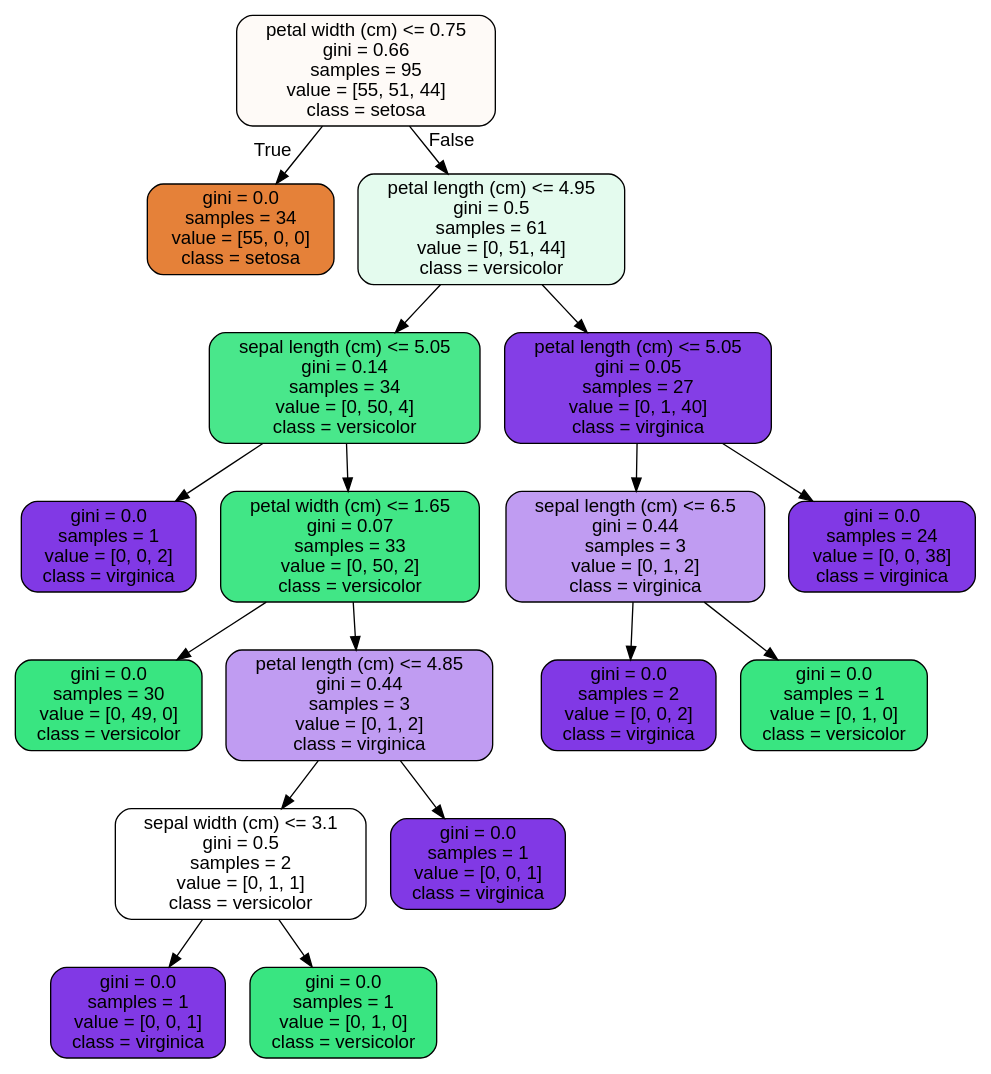
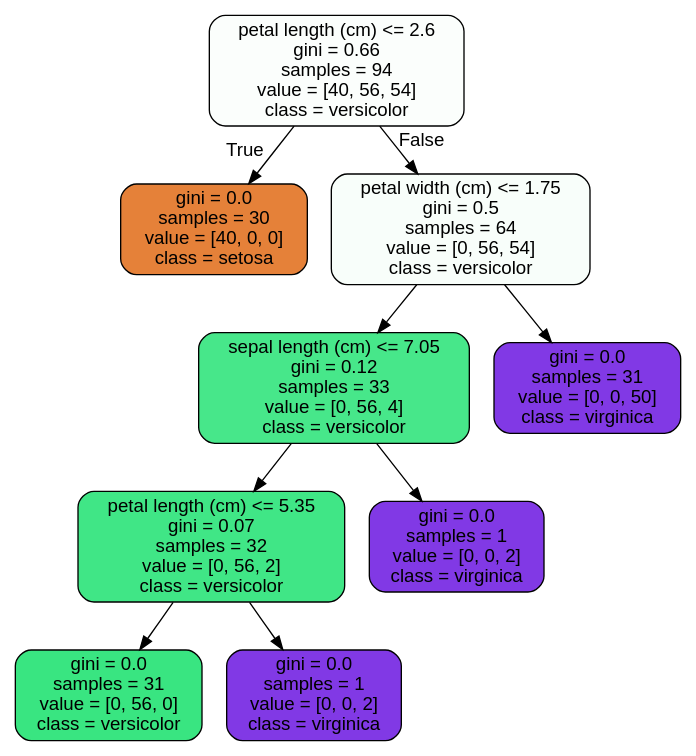
Before and after one commit to phebecarlson/Springboard: the diagram in Covid RandomForest Case Study/tree.dot, drawn with Graphviz. The commit also changed 2 other files, not shown here.

```diff
--- a/Covid RandomForest Case Study/tree.dot
+++ b/Covid RandomForest Case Study/tree.dot
@@ -1,37 +1,21 @@
 digraph Tree {
 node [shape=box, style="filled, rounded", color="black", fontname="helvetica"] ;
 edge [fontname="helvetica"] ;
-0 [label="petal width (cm) <= 0.75\ngini = 0.66\nsamples = 95\nvalue = [55, 51, 44]\nclass = setosa", fillcolor="#fefaf7"] ;
-1 [label="gini = 0.0\nsamples = 34\nvalue = [55, 0, 0]\nclass = setosa", fillcolor="#e58139"] ;
+0 [label="petal length (cm) <= 2.6\ngini = 0.66\nsamples = 94\nvalue = [40, 56, 54]\nclass = versicolor", fillcolor="#fbfefc"] ;
+1 [label="gini = 0.0\nsamples = 30\nvalue = [40, 0, 0]\nclass = setosa", fillcolor="#e58139"] ;
 0 -> 1 [labeldistance=2.5, labelangle=45, headlabel="True"] ;
-2 [label="petal length (cm) <= 4.95\ngini = 0.5\nsamples = 61\nvalue = [0, 51, 44]\nclass = versicolor", fillcolor="#e4fbee"] ;
+2 [label="petal width (cm) <= 1.75\ngini = 0.5\nsamples = 64\nvalue = [0, 56, 54]\nclass = versicolor", fillcolor="#f8fefa"] ;
 0 -> 2 [labeldistance=2.5, labelangle=-45, headlabel="False"] ;
-3 [label="sepal length (cm) <= 5.05\ngini = 0.14\nsamples = 34\nvalue = [0, 50, 4]\nclass = versicolor", fillcolor="#49e78b"] ;
+3 [label="sepal length (cm) <= 7.05\ngini = 0.12\nsamples = 33\nvalue = [0, 56, 4]\nclass = versicolor", fillcolor="#47e78a"] ;
 2 -> 3 ;
-4 [label="gini = 0.0\nsamples = 1\nvalue = [0, 0, 2]\nclass = virginica", fillcolor="#8139e5"] ;
+4 [label="petal length (cm) <= 5.35\ngini = 0.07\nsamples = 32\nvalue = [0, 56, 2]\nclass = versicolor", fillcolor="#40e686"] ;
 3 -> 4 ;
-5 [label="petal width (cm) <= 1.65\ngini = 0.07\nsamples = 33\nvalue = [0, 50, 2]\nclass = versicolor", fillcolor="#41e686"] ;
-3 -> 5 ;
-6 [label="gini = 0.0\nsamples = 30\nvalue = [0, 49, 0]\nclass = versicolor", fillcolor="#39e581"] ;
-5 -> 6 ;
-7 [label="petal length (cm) <= 4.85\ngini = 0.44\nsamples = 3\nvalue = [0, 1, 2]\nclass = virginica", fillcolor="#c09cf2"] ;
-5 -> 7 ;
-8 [label="sepal width (cm) <= 3.1\ngini = 0.5\nsamples = 2\nvalue = [0, 1, 1]\nclass = versicolor", fillcolor="#ffffff"] ;
-7 -> 8 ;
-9 [label="gini = 0.0\nsamples = 1\nvalue = [0, 0, 1]\nclass = virginica", fillcolor="#8139e5"] ;
-8 -> 9 ;
-10 [label="gini = 0.0\nsamples = 1\nvalue = [0, 1, 0]\nclass = versicolor", fillcolor="#39e581"] ;
-8 -> 10 ;
-11 [label="gini = 0.0\nsamples = 1\nvalue = [0, 0, 1]\nclass = virginica", fillcolor="#8139e5"] ;
-7 -> 11 ;
-12 [label="petal length (cm) <= 5.05\ngini = 0.05\nsamples = 27\nvalue = [0, 1, 40]\nclass = virginica", fillcolor="#843ee6"] ;
-2 -> 12 ;
-13 [label="sepal length (cm) <= 6.5\ngini = 0.44\nsamples = 3\nvalue = [0, 1, 2]\nclass = virginica", fillcolor="#c09cf2"] ;
-12 -> 13 ;
-14 [label="gini = 0.0\nsamples = 2\nvalue = [0, 0, 2]\nclass = virginica", fillcolor="#8139e5"] ;
-13 -> 14 ;
-15 [label="gini = 0.0\nsamples = 1\nvalue = [0, 1, 0]\nclass = versicolor", fillcolor="#39e581"] ;
-13 -> 15 ;
-16 [label="gini = 0.0\nsamples = 24\nvalue = [0, 0, 38]\nclass = virginica", fillcolor="#8139e5"] ;
-12 -> 16 ;
+5 [label="gini = 0.0\nsamples = 31\nvalue = [0, 56, 0]\nclass = versicolor", fillcolor="#39e581"] ;
+4 -> 5 ;
+6 [label="gini = 0.0\nsamples = 1\nvalue = [0, 0, 2]\nclass = virginica", fillcolor="#8139e5"] ;
+4 -> 6 ;
+7 [label="gini = 0.0\nsamples = 1\nvalue = [0, 0, 2]\nclass = virginica", fillcolor="#8139e5"] ;
+3 -> 7 ;
+8 [label="gini = 0.0\nsamples = 31\nvalue = [0, 0, 50]\nclass = virginica", fillcolor="#8139e5"] ;
+2 -> 8 ;
 }
```
